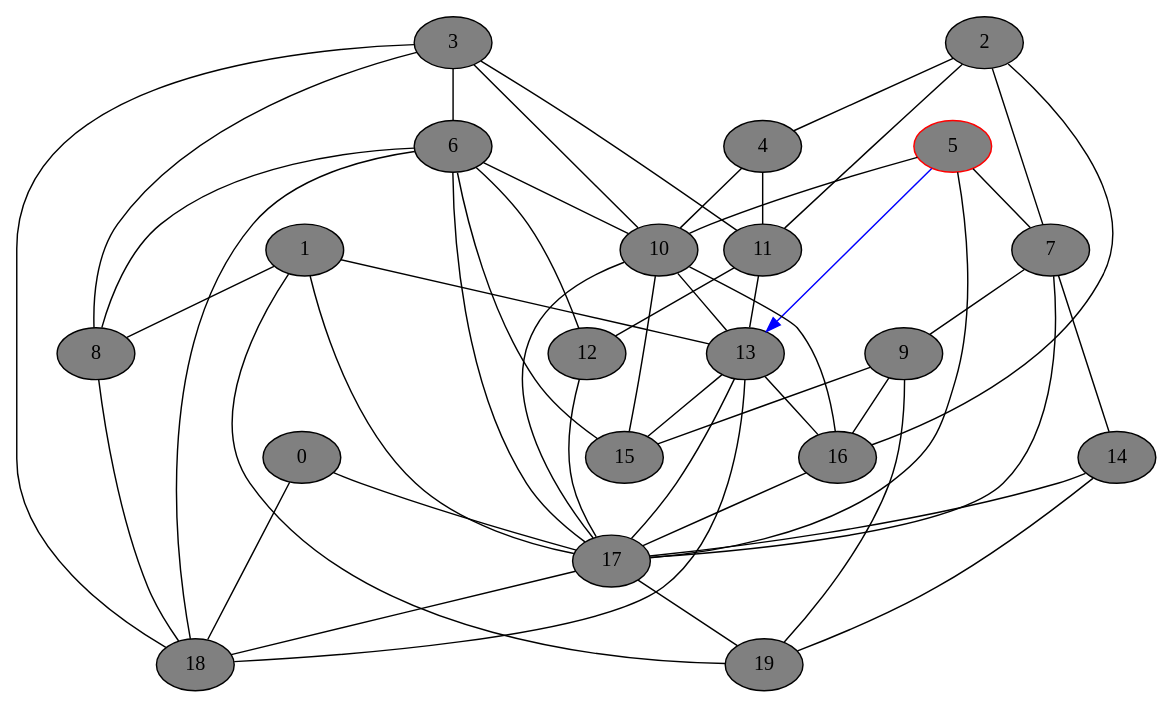
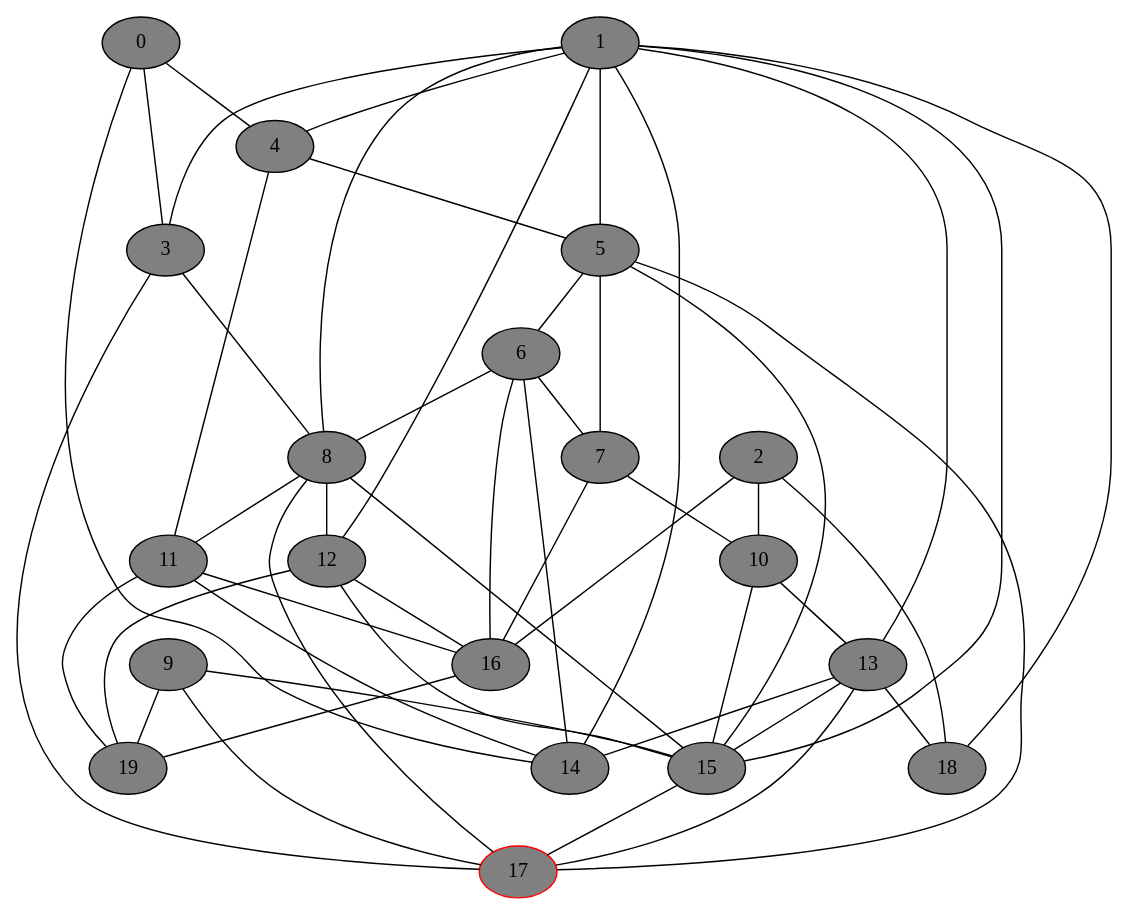
Before and after one commit to DSMishler/EBA_models: the diagram in gv_graphs/nxt0086.dot, drawn with Graphviz. The commit also changed 941 other files, not shown here.

```diff
--- a/gv_graphs/nxt0086.dot
+++ b/gv_graphs/nxt0086.dot
@@ -1,74 +1,74 @@
 // network test graph
 digraph
 {
 	0 [fillcolor=gray,style=filled,]
 	1 [fillcolor=gray,style=filled,]
 	2 [fillcolor=gray,style=filled,]
 	3 [fillcolor=gray,style=filled,]
 	4 [fillcolor=gray,style=filled,]
-	5 [fillcolor=gray,style=filled,color=red,]
+	5 [fillcolor=gray,style=filled,]
 	6 [fillcolor=gray,style=filled,]
 	7 [fillcolor=gray,style=filled,]
 	8 [fillcolor=gray,style=filled,]
 	9 [fillcolor=gray,style=filled,]
 	10 [fillcolor=gray,style=filled,]
 	11 [fillcolor=gray,style=filled,]
 	12 [fillcolor=gray,style=filled,]
 	13 [fillcolor=gray,style=filled,]
 	14 [fillcolor=gray,style=filled,]
 	15 [fillcolor=gray,style=filled,]
 	16 [fillcolor=gray,style=filled,]
-	17 [fillcolor=gray,style=filled,]
+	17 [fillcolor=gray,style=filled,color=red,]
 	18 [fillcolor=gray,style=filled,]
 	19 [fillcolor=gray,style=filled,]
-	0 -> 17 [dir=none]
-	0 -> 18 [dir=none]
+	0 -> 3 [dir=none]
+	0 -> 4 [dir=none]
+	0 -> 14 [dir=none]
+	1 -> 3 [dir=none]
+	1 -> 4 [dir=none]
+	1 -> 5 [dir=none]
 	1 -> 8 [dir=none]
+	1 -> 12 [dir=none]
 	1 -> 13 [dir=none]
-	1 -> 17 [dir=none]
-	1 -> 19 [dir=none]
-	2 -> 4 [dir=none]
-	2 -> 7 [dir=none]
-	2 -> 11 [dir=none]
+	1 -> 14 [dir=none]
+	1 -> 15 [dir=none]
+	1 -> 18 [dir=none]
+	2 -> 10 [dir=none]
 	2 -> 16 [dir=none]
-	3 -> 6 [dir=none]
+	2 -> 18 [dir=none]
 	3 -> 8 [dir=none]
-	3 -> 10 [dir=none]
-	3 -> 11 [dir=none]
-	3 -> 18 [dir=none]
-	4 -> 10 [dir=none]
+	3 -> 17 [dir=none]
+	4 -> 5 [dir=none]
 	4 -> 11 [dir=none]
+	5 -> 6 [dir=none]
 	5 -> 7 [dir=none]
-	5 -> 10 [dir=none]
-	5 -> 13 [dir=forward,color=blue,]
+	5 -> 15 [dir=none]
 	5 -> 17 [dir=none]
+	6 -> 7 [dir=none]
 	6 -> 8 [dir=none]
-	6 -> 10 [dir=none]
-	6 -> 12 [dir=none]
-	6 -> 15 [dir=none]
-	6 -> 17 [dir=none]
-	6 -> 18 [dir=none]
-	7 -> 9 [dir=none]
-	7 -> 14 [dir=none]
-	7 -> 17 [dir=none]
-	8 -> 18 [dir=none]
+	6 -> 14 [dir=none]
+	6 -> 16 [dir=none]
+	7 -> 10 [dir=none]
+	7 -> 16 [dir=none]
+	8 -> 11 [dir=none]
+	8 -> 12 [dir=none]
+	8 -> 15 [dir=none]
+	8 -> 17 [dir=none]
 	9 -> 15 [dir=none]
-	9 -> 16 [dir=none]
+	9 -> 17 [dir=none]
 	9 -> 19 [dir=none]
 	10 -> 13 [dir=none]
 	10 -> 15 [dir=none]
-	10 -> 16 [dir=none]
-	10 -> 17 [dir=none]
-	11 -> 12 [dir=none]
-	11 -> 13 [dir=none]
-	12 -> 17 [dir=none]
+	11 -> 14 [dir=none]
+	11 -> 16 [dir=none]
+	11 -> 19 [dir=none]
+	12 -> 15 [dir=none]
+	12 -> 16 [dir=none]
+	12 -> 19 [dir=none]
+	13 -> 14 [dir=none]
 	13 -> 15 [dir=none]
-	13 -> 16 [dir=none]
 	13 -> 17 [dir=none]
 	13 -> 18 [dir=none]
-	14 -> 17 [dir=none]
-	14 -> 19 [dir=none]
-	16 -> 17 [dir=none]
-	17 -> 18 [dir=none]
-	17 -> 19 [dir=none]
+	15 -> 17 [dir=none]
+	16 -> 19 [dir=none]
 }
```
